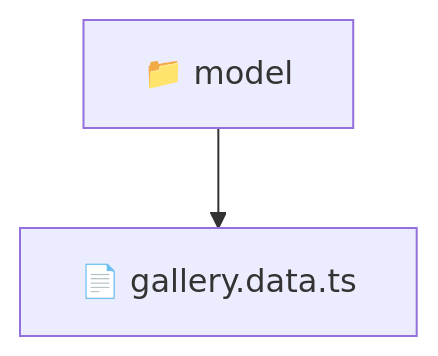
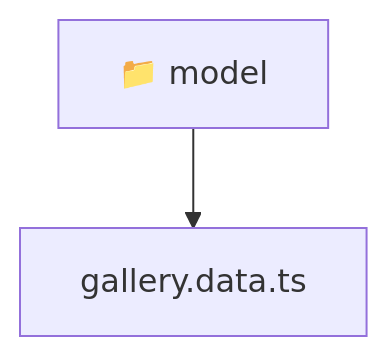
Before and after one commit to beginwebdev2002/fullstack-mavluda: the diagram in frontend/src/features/gallery/model/README.md, drawn with Mermaid. The commit also changed other lines of this file and 167 other files, not shown here.

````diff
--- a/frontend/src/features/gallery/model/README.md
+++ b/frontend/src/features/gallery/model/README.md
@@ -11,5 +11,6 @@
 ```mermaid
 graph TD
-  Root["📁 model"]
-  Root --> gallery_data_ts["📄 gallery.data.ts"]
+  Root_model["📁 model"]
+  f_gallery_data_ts["gallery.data.ts"]
+  Root_model --> f_gallery_data_ts
 ```
````
